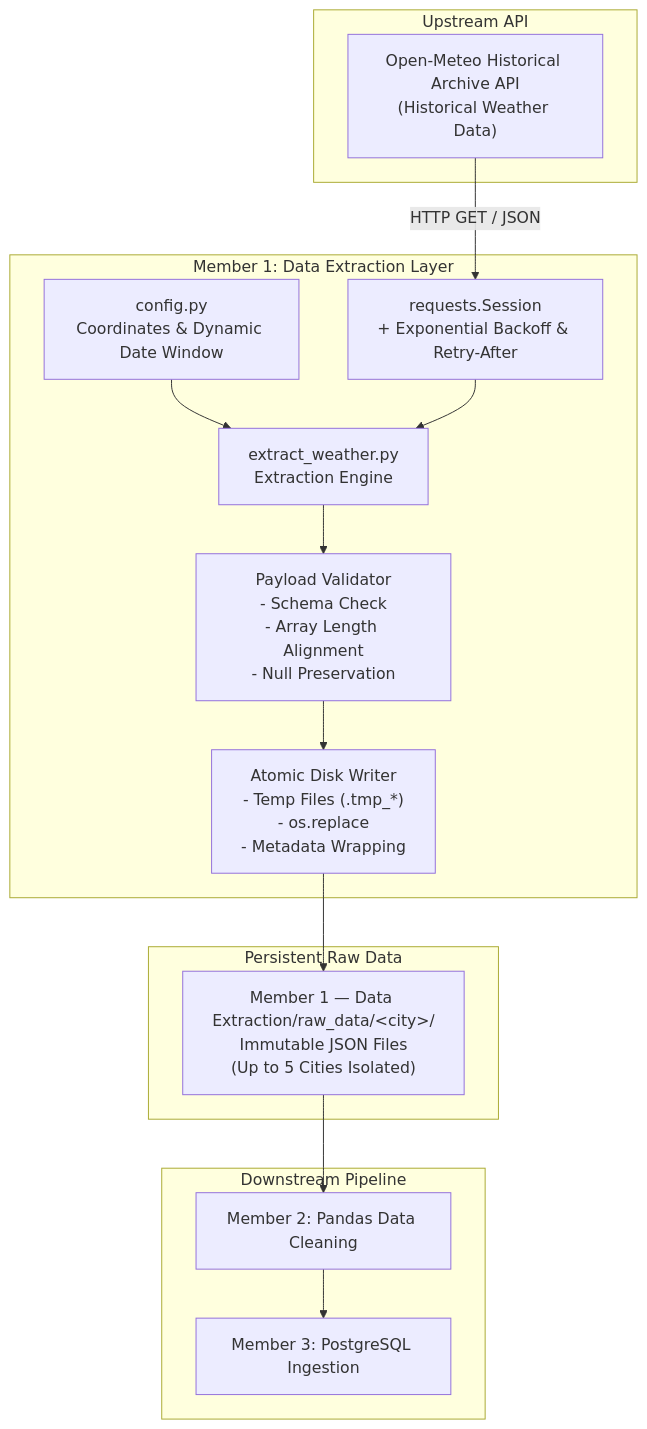
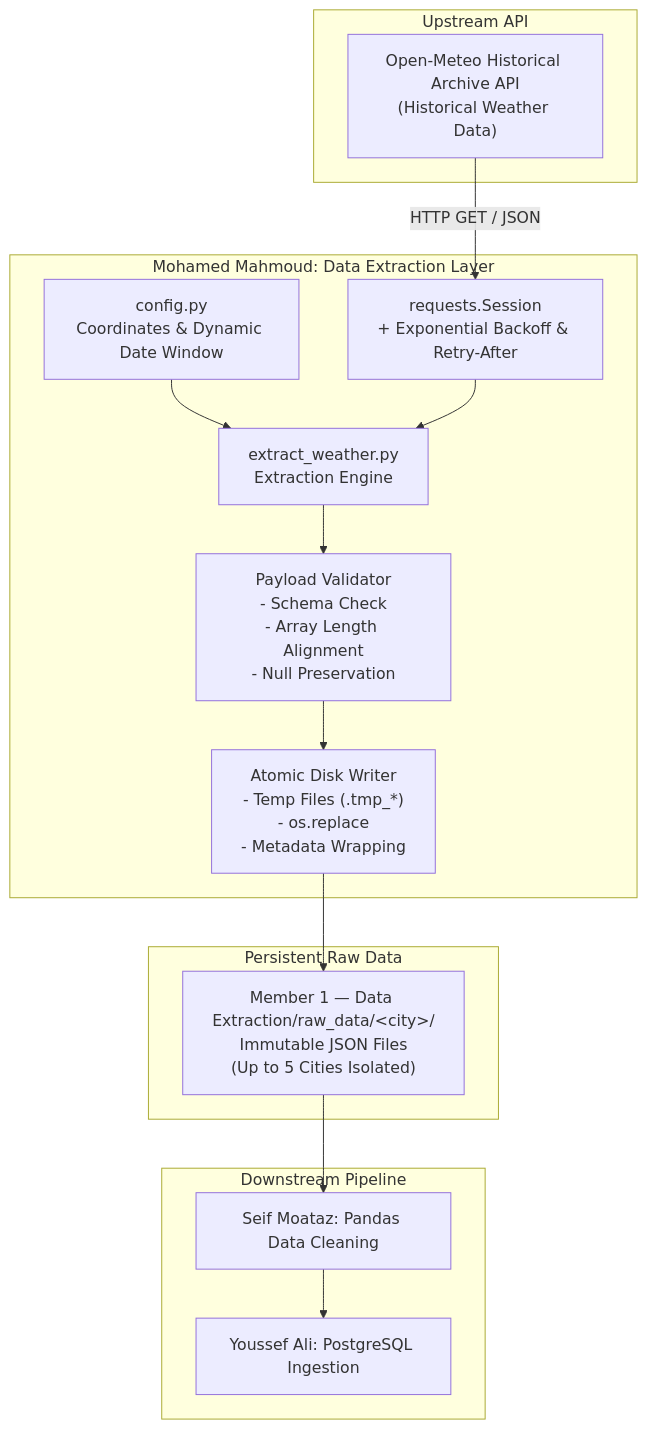
The diagram in README.md (usefx007/Weather-Data-Pipeline-with-Python-and-PostgreSQL), drawn with Mermaid before and after one commit. The commit also changed other lines of this file and 1 other file, not shown here.

Commit message:
docs: replace member labels with team names

````diff
--- a/README.md
+++ b/README.md
@@ -28,23 +28,23 @@
 ```mermaid
 flowchart TD
     subgraph Upstream ["Upstream API"]
         API["Open-Meteo Historical Archive API<br/>(Historical Weather Data)"]
     end
 
-    subgraph Member1 ["Member 1: Data Extraction Layer"]
+    subgraph Member1 ["Mohamed Mahmoud: Data Extraction Layer"]
         CFG["config.py<br/>Coordinates & Dynamic Date Window"] --> ENGINE["extract_weather.py<br/>Extraction Engine"]
         API -->|HTTP GET / JSON| SESS["requests.Session<br/>+ Exponential Backoff & Retry-After"]
         SESS --> ENGINE
         ENGINE --> VAL["Payload Validator<br/>- Schema Check<br/>- Array Length Alignment<br/>- Null Preservation"]
         VAL --> ATOMIC["Atomic Disk Writer<br/>- Temp Files (.tmp_*)<br/>- os.replace<br/>- Metadata Wrapping"]
     end
 
     subgraph Storage ["Persistent Raw Data"]
         ATOMIC --> RAW["Member 1 — Data Extraction/raw_data/&lt;city&gt;/<br/>Immutable JSON Files<br/>(Up to 5 Cities Isolated)"]
     end
 
     subgraph Downstream ["Downstream Pipeline"]
-        RAW --> M2["Member 2: Pandas Data Cleaning"]
-        M2 --> M3["Member 3: PostgreSQL Ingestion"]
+        RAW --> M2["Seif Moataz: Pandas Data Cleaning"]
+        M2 --> M3["Youssef Ali: PostgreSQL Ingestion"]
     end
 ```
````
